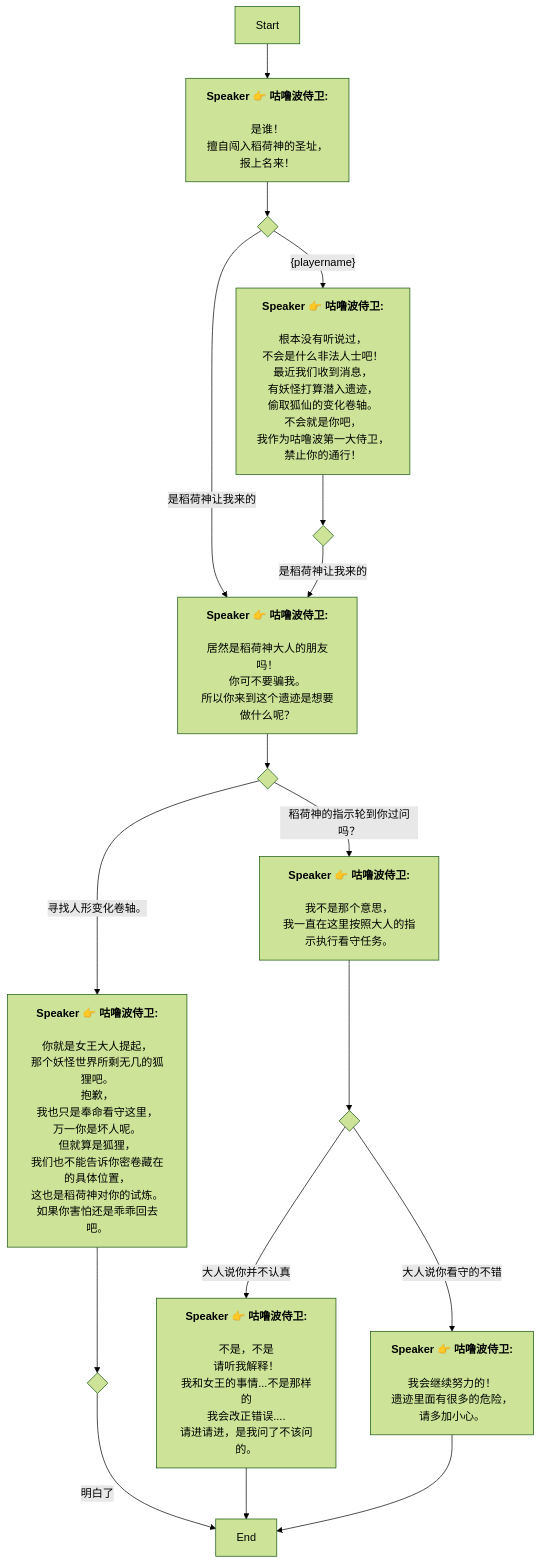
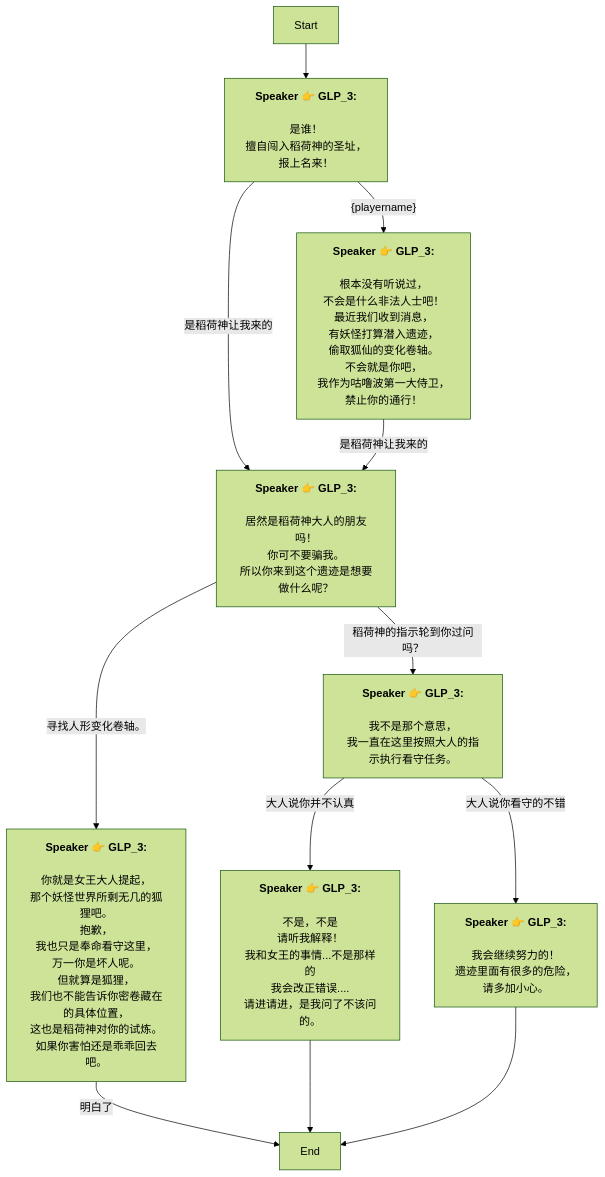
One commit to SoftHu/tos_avg changed the diagram in Zh/4_4_3_chat.md. Above: the diagram before and after it, drawn with Mermaid (forest theme). The commit also changed 737 other files, not shown here.

````diff
--- a/Zh/4_4_3_chat.md
+++ b/Zh/4_4_3_chat.md
@@ -1,63 +1,43 @@
 ```mermaid
 graph
-Start -->1750848156954962[<b>Speaker 👉 咕噜波侍卫:</b>
-
-是谁！
+Start -->1750848156954962[<b>Speaker 👉 GLP_3:</b>
+\n是谁！
 擅自闯入稻荷神的圣址，
 报上名来！]
-1750848156954962 -->1750853024405010{ }
-1750853024405010 -->|是稻荷神让我来的|1750853271600663[<b>Speaker 👉 咕噜波侍卫:</b>
-
-居然是稻荷神大人的朋友吗！
-你可不要骗我。
-所以你来到这个遗迹是想要做什么呢？]
-1750853024405010 -->|&lbrace;playername&rbrace;|1750853393863193[<b>Speaker 👉 咕噜波侍卫:</b>
-
-根本没有听说过，
-不会是什么非法人士吧！
-最近我们收到消息，
+1750848156954962 -->|是稻荷神让我来的|1750853271600663[<b>Speaker 👉 GLP_3:</b>
+\n居然是稻荷神大人的朋友吗！
+你可不要骗我。\n所以你来到这个遗迹是想要做什么呢？]
+1750848156954962 -->|&lbrace;playername&rbrace;|1750853393863193[<b>Speaker 👉 GLP_3:</b>
+\n根本没有听说过，
+不会是什么非法人士吧！\n最近我们收到消息，
 有妖怪打算潜入遗迹，
-偷取狐仙的变化卷轴。
-不会就是你吧，
+偷取狐仙的变化卷轴。\n不会就是你吧，
 我作为咕噜波第一大侍卫，
 禁止你的通行！]
-1750853271600663 -->1750854039095837{ }
-1750854039095837 -->|寻找人形变化卷轴。|1750854219493922[<b>Speaker 👉 咕噜波侍卫:</b>
-
-你就是女王大人提起，
-那个妖怪世界所剩无几的狐狸吧。
-抱歉，
+1750853271600663 -->|寻找人形变化卷轴。|1750854219493922[<b>Speaker 👉 GLP_3:</b>
+\n你就是女王大人提起，
+那个妖怪世界所剩无几的狐狸吧。\n抱歉，
 我也只是奉命看守这里，
-万一你是坏人呢。
-但就算是狐狸，
+万一你是坏人呢。\n但就算是狐狸，
 我们也不能告诉你密卷藏在的具体位置，
 这也是稻荷神对你的试炼。如果你害怕还是乖乖回去吧。]
-1750854039095837 -->|稻荷神的指示轮到你过问吗？|1750854225186339[<b>Speaker 👉 咕噜波侍卫:</b>
-
-我不是那个意思，
+1750853271600663 -->|稻荷神的指示轮到你过问吗？|1750854225186339[<b>Speaker 👉 GLP_3:</b>
+\n我不是那个意思，
 我一直在这里按照大人的指示执行看守任务。]
-1750854219493922 -->1750853389547032{ }
-1750853389547032 -->|明白了|1750848158538067[End]
-1750854225186339 -->1750854290517540{ }
-1750854290517540 -->|大人说你并不认真|1750854340736553[<b>Speaker 👉 咕噜波侍卫:</b>
-
-不是，不是
+1750854219493922 -->|明白了|1750848158538067[End]
+1750854225186339 -->|大人说你并不认真|1750854340736553[<b>Speaker 👉 GLP_3:</b>
+\n不是，不是
 请听我解释！
-我和女王的事情...不是那样的
-我会改正错误....
+我和女王的事情...不是那样的\n我会改正错误....
 请进请进，是我问了不该问的。]
-1750854290517540 -->|大人说你看守的不错|1750854417801770[<b>Speaker 👉 咕噜波侍卫:</b>
-
-我会继续努力的！
+1750854225186339 -->|大人说你看守的不错|1750854417801770[<b>Speaker 👉 GLP_3:</b>
+\n我会继续努力的！
 遗迹里面有很多的危险，
 请多加小心。]
 1750854340736553 -->1750848158538067[End]
 1750854417801770 -->1750848158538067[End]
-1750853393863193 -->1750853997360666{ }
-1750853997360666 -->|是稻荷神让我来的|1750853271600663[<b>Speaker 👉 咕噜波侍卫:</b>
+1750853393863193 -->|是稻荷神让我来的|1750853271600663[<b>Speaker 👉 GLP_3:</b>
+\n居然是稻荷神大人的朋友吗！
+你可不要骗我。\n所以你来到这个遗迹是想要做什么呢？]
 
-居然是稻荷神大人的朋友吗！
-你可不要骗我。
-所以你来到这个遗迹是想要做什么呢？]
-
- ```
+```
````
